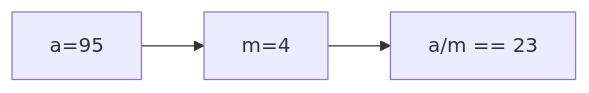
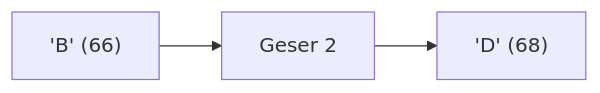
Before and after one commit to amnahwaida/OSNK_INF_PREP: the eighth of 25 diagrams in part-c-pemahaman-cpp/01-tipe-data/latihan/set-02.md, drawn with Mermaid. The commit also changed other lines of this file and 71 other files, not shown here.

````diff
--- a/part-c-pemahaman-cpp/01-tipe-data/latihan/set-02.md
+++ b/part-c-pemahaman-cpp/01-tipe-data/latihan/set-02.md
@@ -212,5 +222,5 @@
 ```mermaid
 graph LR
-A["a=95"] --> B["m=4"]
-B --> C["a/m == 23"]
+A["'B' (66)"] --> B["Geser 2"]
+B --> C["'D' (68)"]
 ```
````
